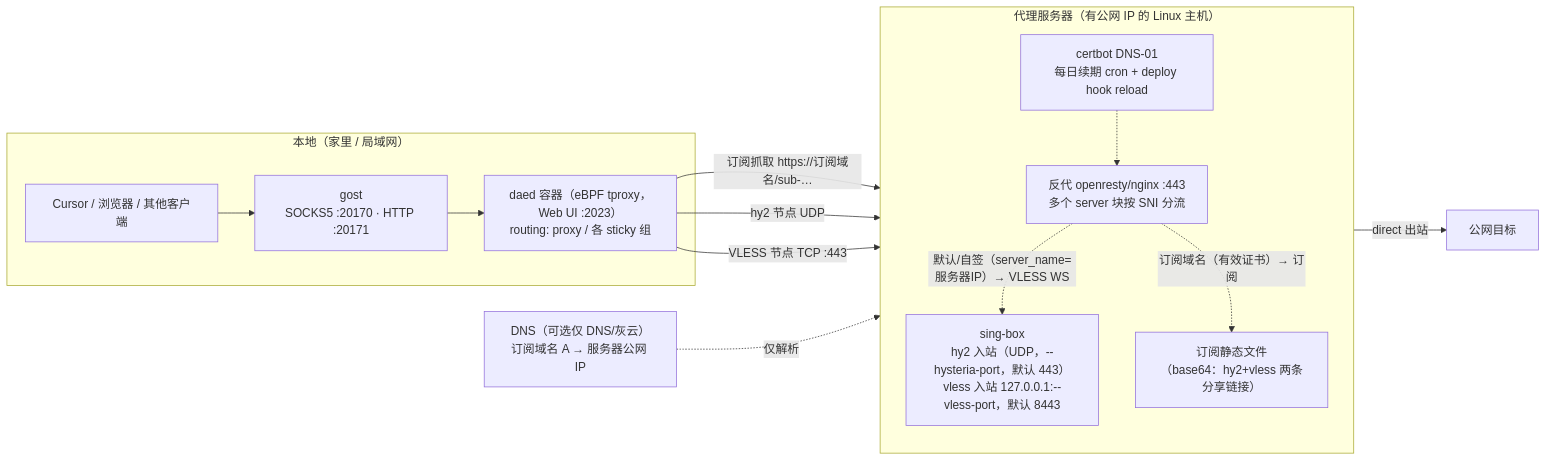
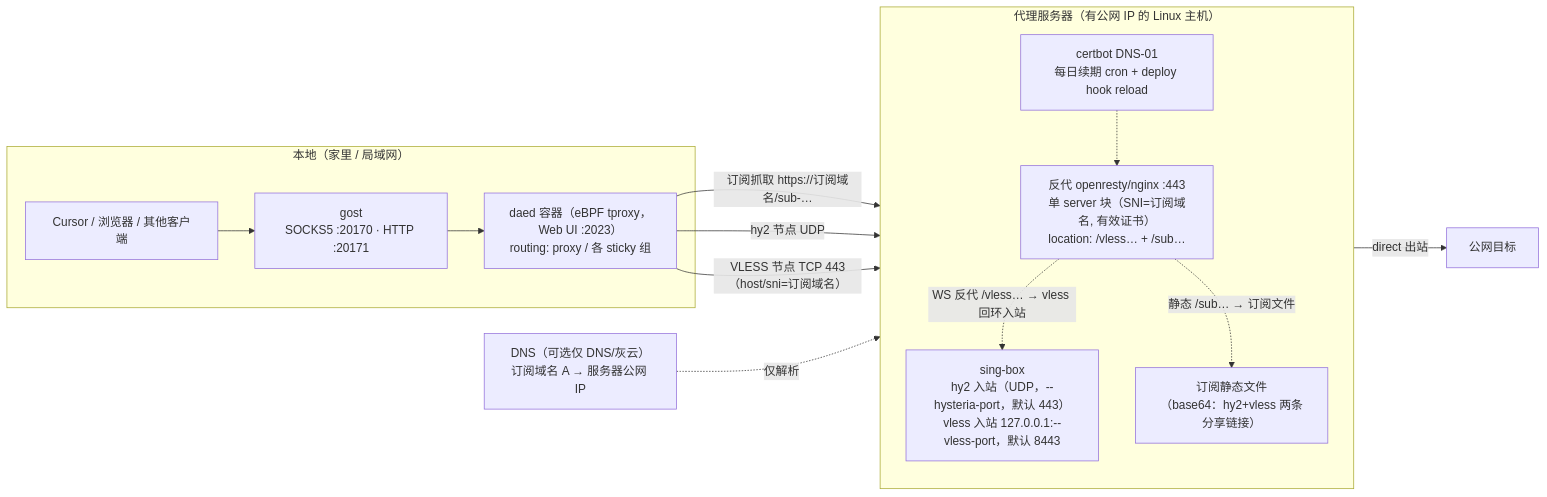
The diagram in deploy/proxy/README.md (royenheart/MaintainAll), drawn with Mermaid before and after one commit. The commit also changed other lines of this file and 6 other files, not shown here.

First line of the commit message:
refactor(deploy/proxy): merge VLESS front and subscription into one LE-cert 443 server block

````diff
--- a/deploy/proxy/README.md
+++ b/deploy/proxy/README.md
@@ -17,27 +17,27 @@
 ```mermaid
 flowchart LR
     subgraph CLIENT["本地（家里 / 局域网）"]
         APP["Cursor / 浏览器 / 其他客户端"]
         GOST["gost<br/>SOCKS5 :20170 · HTTP :20171"]
         DAED["daed 容器（eBPF tproxy，Web UI :2023）<br/>routing: proxy / 各 sticky 组"]
         APP --> GOST --> DAED
     end
 
     subgraph SRV["代理服务器（有公网 IP 的 Linux 主机）"]
         direction TB
-        OR["反代 openresty/nginx :443<br/>多个 server 块按 SNI 分流"]
+        OR["反代 openresty/nginx :443<br/>单 server 块（SNI=订阅域名, 有效证书）<br/>location: /vless… + /sub…"]
         SBOX["sing-box<br/>hy2 入站（UDP，--hysteria-port，默认 443）<br/>vless 入站 127.0.0.1:--vless-port，默认 8443"]
         SUBFILE["订阅静态文件<br/>（base64：hy2+vless 两条分享链接）"]
         CERT["certbot DNS-01<br/>每日续期 cron + deploy hook reload"]
-        OR -. "默认/自签（server_name=服务器IP）→ VLESS WS" .-> SBOX
-        OR -. "订阅域名（有效证书）→ 订阅" .-> SUBFILE
+        OR -. "WS 反代 /vless… → vless 回环入站" .-> SBOX
+        OR -. "静态 /sub… → 订阅文件" .-> SUBFILE
         CERT -.-> OR
     end
 
     DNSX["DNS（可选仅 DNS/灰云）<br/>订阅域名 A → 服务器公网 IP"] -. "仅解析" .-> SRV
 
     DAED -->|"订阅抓取 https://订阅域名/sub-…"| OR
     DAED -->|"hy2 节点 UDP"| SBOX
-    DAED -->|"VLESS 节点 TCP :443"| OR
+    DAED -->|"VLESS 节点 TCP 443（host/sni=订阅域名）"| OR
     SBOX -->|"direct 出站"| NET["公网目标"]
 ```
````
